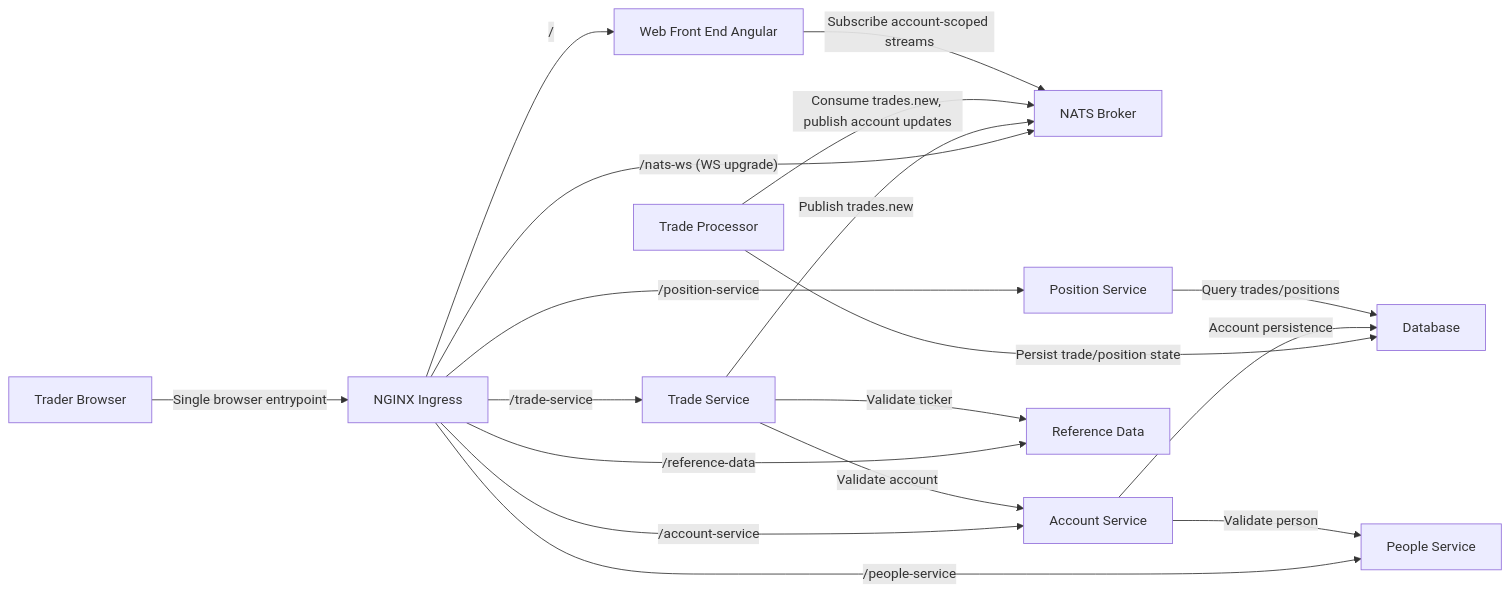
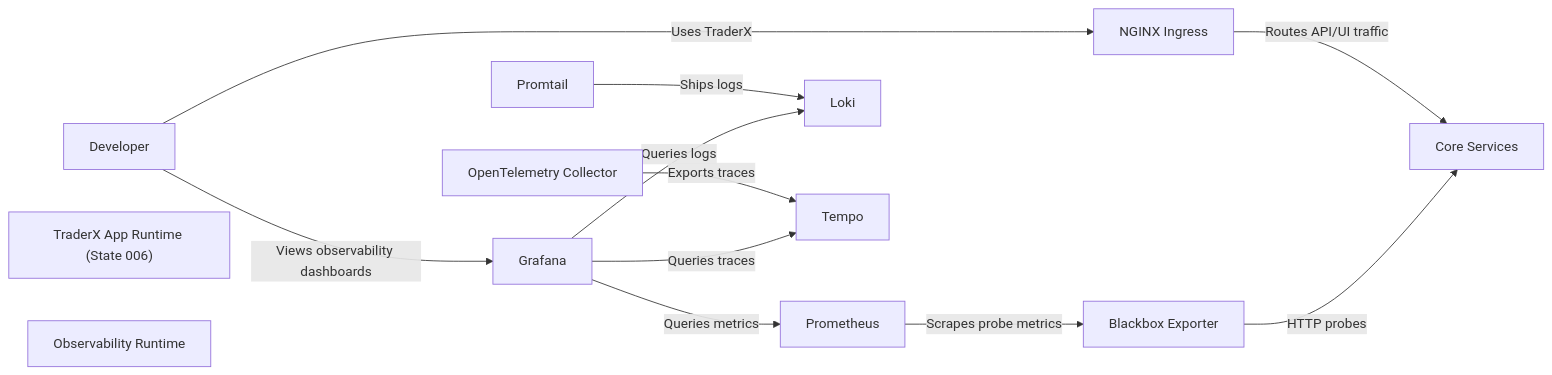
Before and after one commit to finos/traderX: the diagram in docs/learning/software-architecture.md, drawn with Mermaid. The commit also changed other lines of this file and 51 other files, not shown here.

````diff
--- a/docs/learning/software-architecture.md
+++ b/docs/learning/software-architecture.md
@@ -42,31 +33,25 @@
 ```mermaid
 flowchart LR
-  trader["Trader Browser"]
+  developer["Developer"]
+  app_runtime["TraderX App Runtime (State 006)"]
+  obs_runtime["Observability Runtime"]
   ingress["NGINX Ingress"]
-  web["Web Front End Angular"]
-  nats["NATS Broker"]
-  tradeService["Trade Service"]
-  tradeProcessor["Trade Processor"]
-  account["Account Service"]
-  position["Position Service"]
-  referenceData["Reference Data"]
-  people["People Service"]
-  database["Database"]
-  trader -->|"Single browser entrypoint"| ingress
-  ingress -->|"/"| web
-  ingress -->|"/account-service"| account
-  ingress -->|"/position-service"| position
-  ingress -->|"/trade-service"| tradeService
-  ingress -->|"/reference-data"| referenceData
-  ingress -->|"/people-service"| people
-  ingress -->|"/nats-ws (WS upgrade)"| nats
-  tradeService -->|"Validate account"| account
-  tradeService -->|"Validate ticker"| referenceData
-  tradeService -->|"Publish trades.new"| nats
-  tradeProcessor -->|"Consume trades.new, publish account updates"| nats
-  web -->|"Subscribe account-scoped streams"| nats
-  tradeProcessor -->|"Persist trade/position state"| database
-  account -->|"Account persistence"| database
-  position -->|"Query trades/positions"| database
-  account -->|"Validate person"| people
+  core_services["Core Services"]
+  prometheus["Prometheus"]
+  blackbox["Blackbox Exporter"]
+  loki["Loki"]
+  promtail["Promtail"]
+  tempo["Tempo"]
+  otel["OpenTelemetry Collector"]
+  grafana["Grafana"]
+  developer -->|"Uses TraderX"| ingress
+  ingress -->|"Routes API/UI traffic"| core_services
+  blackbox -->|"HTTP probes"| core_services
+  prometheus -->|"Scrapes probe metrics"| blackbox
+  promtail -->|"Ships logs"| loki
+  otel -->|"Exports traces"| tempo
+  developer -->|"Views observability dashboards"| grafana
+  grafana -->|"Queries metrics"| prometheus
+  grafana -->|"Queries logs"| loki
+  grafana -->|"Queries traces"| tempo
 ```
````
